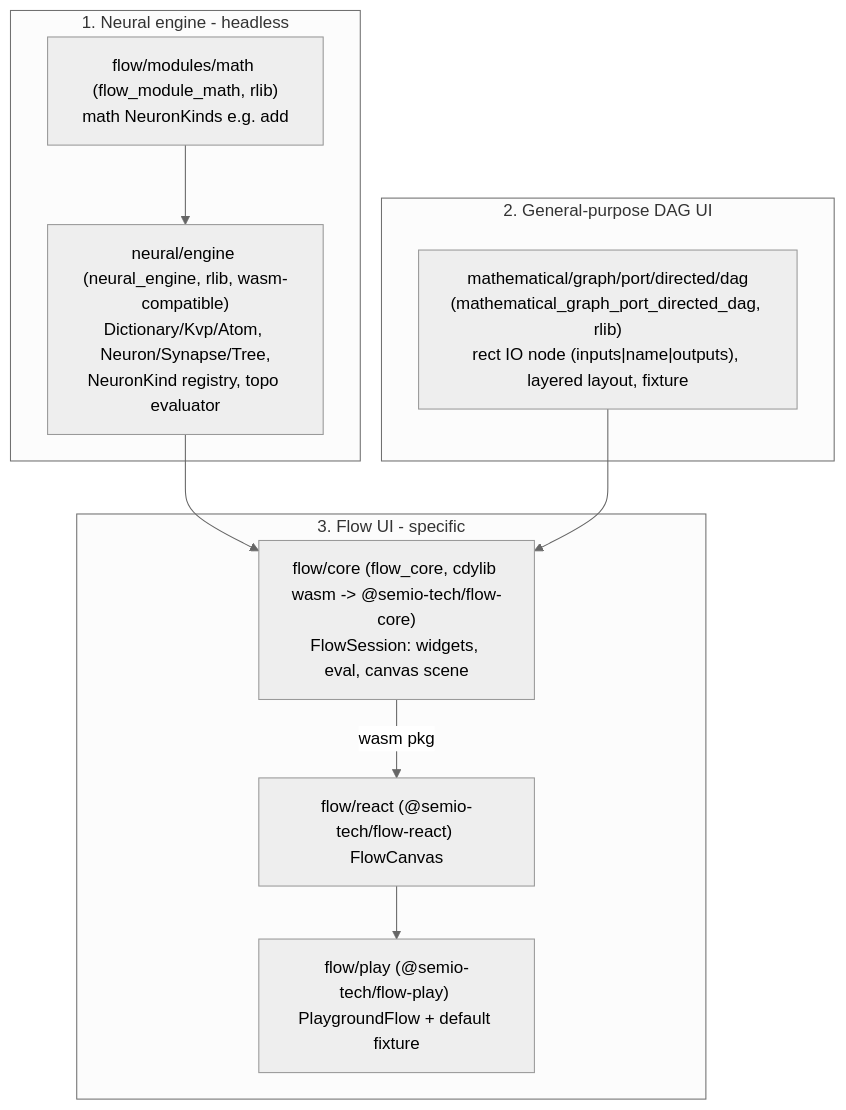
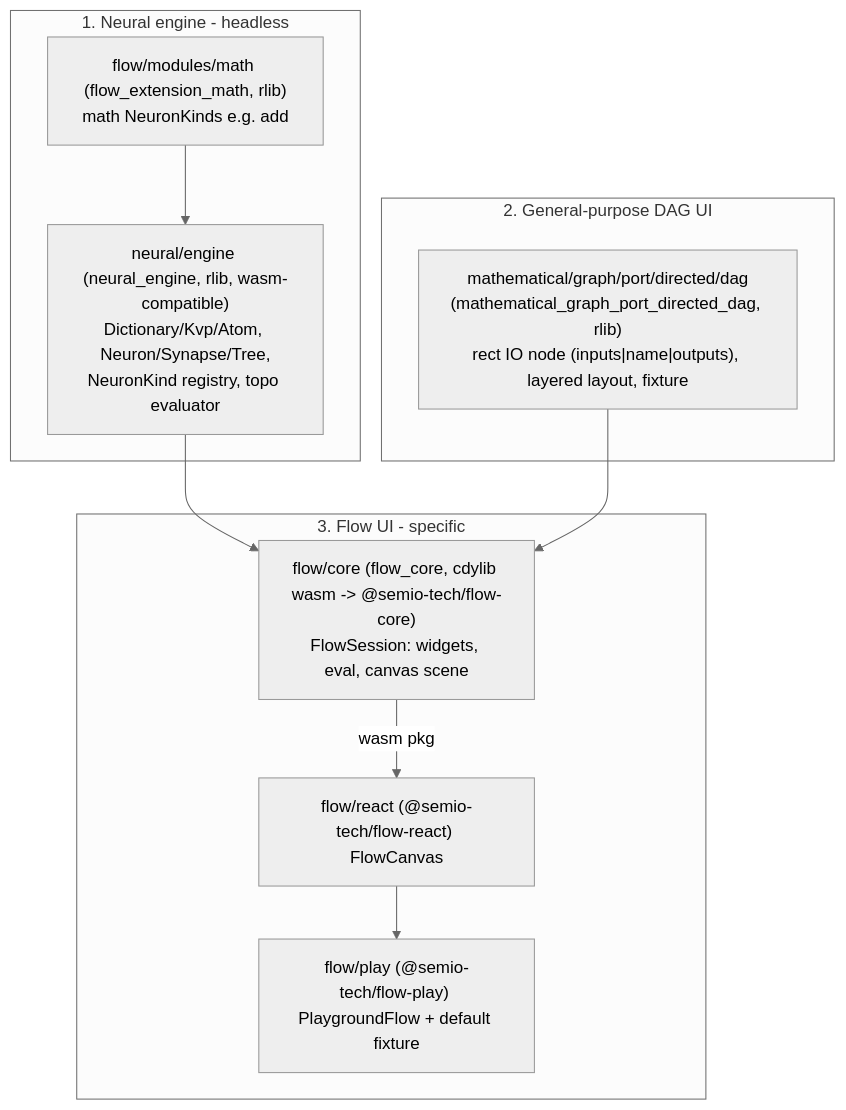
One commit to usalu/semio changed the diagram in .🦑️repo/🎫️tickets/🎆️26/🌙️06/☀️07/FLOW-LANGUAGE-VERTICAL-SLICE/flow_language_slice_0a888bfc.plan.md. Above: the diagram before and after it, drawn with Mermaid (neutral theme). The commit also changed other lines of this file and 196 other files, not shown here.

````diff
--- a/.🦑️repo/🎫️tickets/🎆️26/🌙️06/☀️07/FLOW-LANGUAGE-VERTICAL-SLICE/flow_language_slice_0a888bfc.plan.md
+++ b/.🦑️repo/🎫️tickets/🎆️26/🌙️06/☀️07/FLOW-LANGUAGE-VERTICAL-SLICE/flow_language_slice_0a888bfc.plan.md
@@ -44,20 +44,20 @@
 ```mermaid
 flowchart TD
     subgraph p1 [1. Neural engine - headless]
       ENG["neural/engine (neural_engine, rlib, wasm-compatible)<br/>Dictionary/Kvp/Atom, Neuron/Synapse/Tree,<br/>NeuronKind registry, topo evaluator"]
-      MATH["flow/modules/math (flow_module_math, rlib)<br/>math NeuronKinds e.g. add"]
+      MATH["flow/modules/math (flow_extension_math, rlib)<br/>math NeuronKinds e.g. add"]
     end
     subgraph p2 [2. General-purpose DAG UI]
       DAG["mathematical/graph/port/directed/dag<br/>(mathematical_graph_port_directed_dag, rlib)<br/>rect IO node (inputs|name|outputs), layered layout, fixture"]
     end
     subgraph p3 [3. Flow UI - specific]
       CORE["flow/core (flow_core, cdylib wasm -> @semio-tech/flow-core)<br/>FlowSession: widgets, eval, canvas scene"]
       REACT["flow/react (@semio-tech/flow-react) FlowCanvas"]
       PLAY["flow/play (@semio-tech/flow-play) PlaygroundFlow + default fixture"]
     end
     MATH --> ENG
     ENG --> CORE
     DAG --> CORE
     CORE -->|wasm pkg| REACT
     REACT --> PLAY
 ```
````
